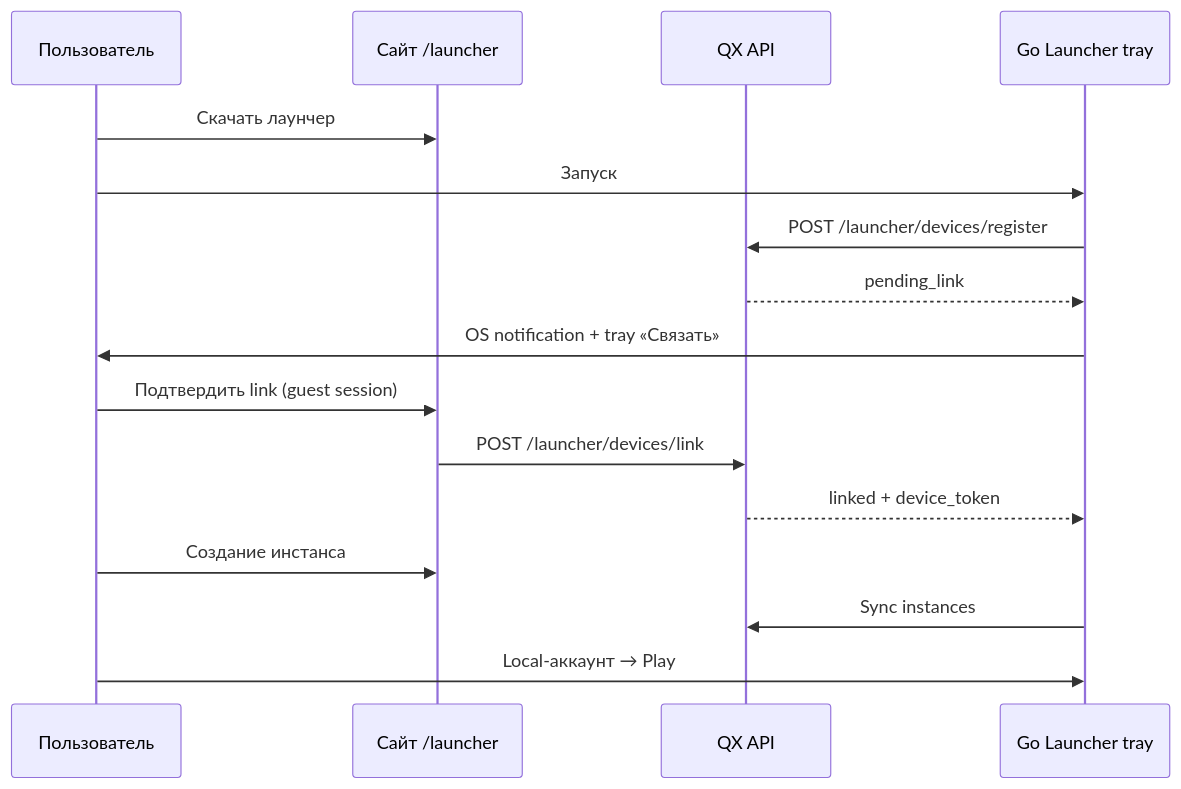
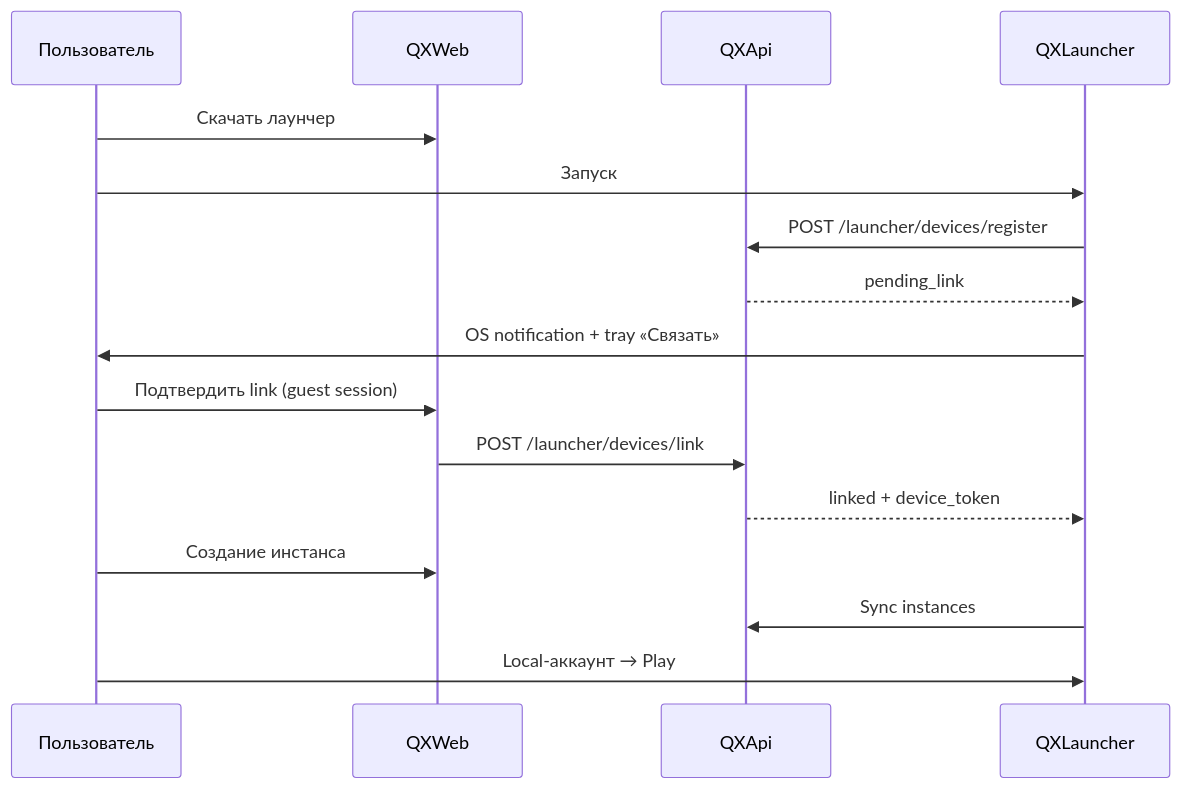
The second of 16 diagrams in docs/architecture.md (mindevis/qx-project), drawn with Mermaid before and after one commit. The commit also changed other lines of this file and 14 other files, not shown here.

````diff
--- a/docs/architecture.md
+++ b/docs/architecture.md
@@ -137,19 +92,19 @@
 ```mermaid
 sequenceDiagram
     participant U as Пользователь
-    participant Web as Сайт /launcher
-    participant API as QX API
-    participant L as Go Launcher tray
+    participant Web as QXWeb
+    participant API as QXApi
+    participant L as QXLauncher
 
     U->>Web: Скачать лаунчер
     U->>L: Запуск
     L->>API: POST /launcher/devices/register
     API-->>L: pending_link
     L->>U: OS notification + tray «Связать»
     U->>Web: Подтвердить link (guest session)
     Web->>API: POST /launcher/devices/link
     API-->>L: linked + device_token
     U->>Web: Создание инстанса
     L->>API: Sync instances
     U->>L: Local-аккаунт → Play
 ```
````
